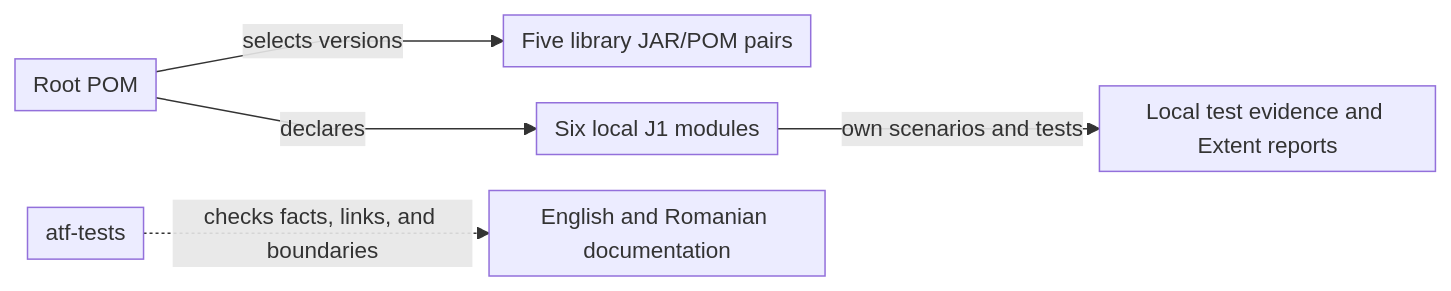
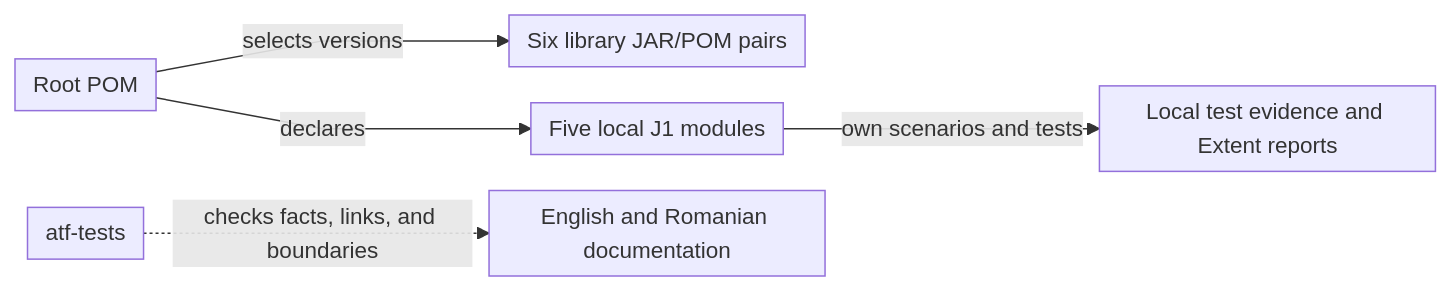
One commit to crististefanita/atf_j1 changed the diagram in docs/README.md. Above: the diagram before and after it, drawn with Mermaid. The commit also changed other lines of this file and 58 other files, not shown here.

```diff
--- a/docs/README.md
+++ b/docs/README.md
@@ -17,8 +17,8 @@
 ~~~mermaid
 %%{init: {"themeVariables":{"fontSize":"15px"},"themeCSS":".edgeLabel, .edgeLabel p { font-size: 12px !important; } .node rect { rx: 6px; ry: 6px; }","flowchart":{"curve":"linear","nodeSpacing":24,"rankSpacing":22,"padding":6},"sequence":{"mirrorActors":false,"messageMargin":24,"wrap":true}}}%%
 flowchart LR
-  POM[Root POM] -->|selects versions| Libraries[Five library JAR/POM pairs]
-  POM -->|declares| Modules[Six local J1 modules]
+  POM[Root POM] -->|selects versions| Libraries[Six library JAR/POM pairs]
+  POM -->|declares| Modules[Five local J1 modules]
   Modules -->|own scenarios and tests| Evidence[Local test evidence and Extent reports]
   Governance[atf-tests] -.->|checks facts, links, and boundaries| Docs[English and Romanian documentation]
 ~~~
```
